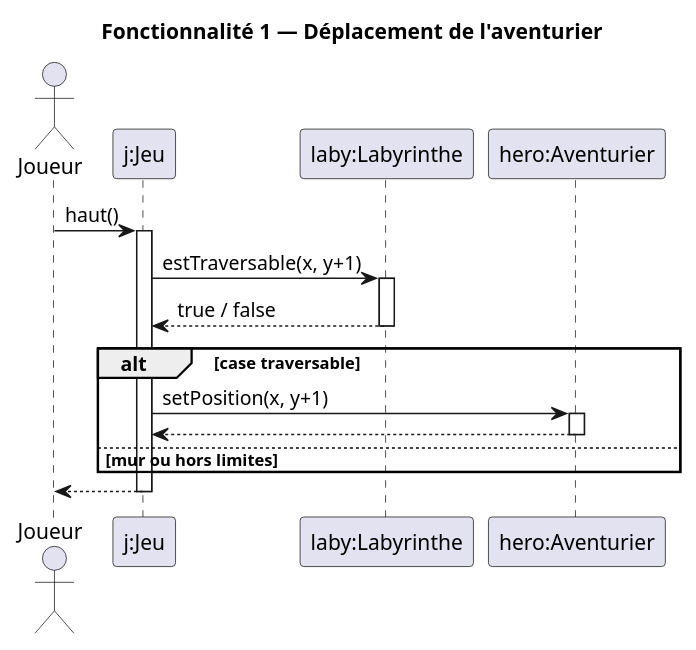
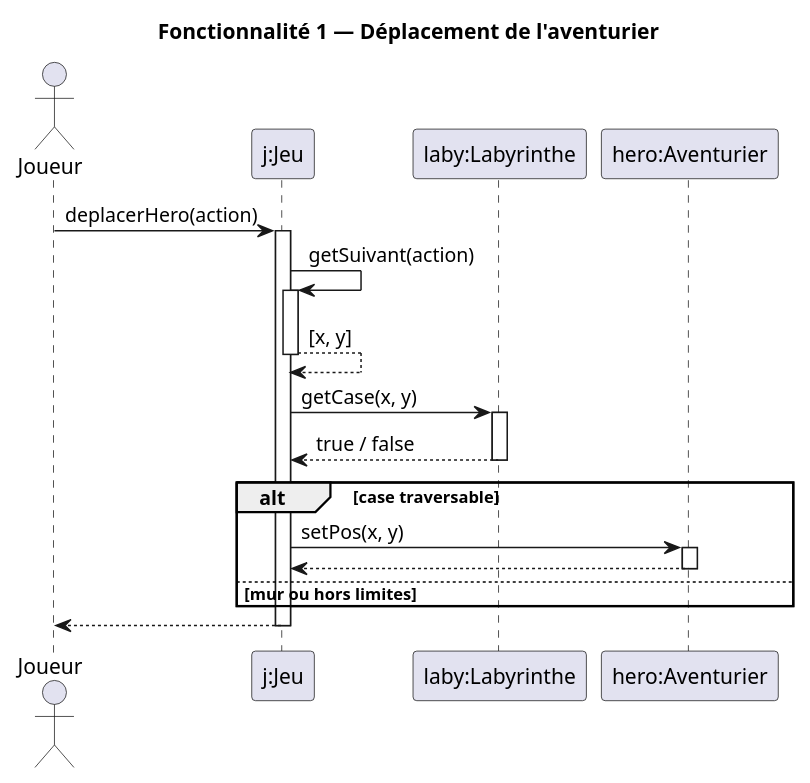
One commit to lucas-martinati-pro/SAE_S2.01_Zeldiablo-LucasM_JeanLM_PierreGSV changed the diagram in projet_zeldiablo/documents/version_1/Fonctionnalité 1 - Q9.puml. Above: the diagram before and after it, drawn with PlantUML. The commit also changed 12 other files, not shown here.

```diff
--- a/projet_zeldiablo/documents/version_1/Fonctionnalité 1 - Q9.puml
+++ b/projet_zeldiablo/documents/version_1/Fonctionnalité 1 - Q9.puml
@@ -1,28 +1,33 @@
 @startuml
 title Fonctionnalité 1 — Déplacement de l'aventurier
 
 actor Joueur
 participant "j:Jeu" as Jeu
 participant "laby:Labyrinthe" as Laby
 participant "hero:Aventurier" as Hero
 
-Joueur -> Jeu :haut()
+Joueur -> Jeu : deplacerHero(action)
 activate Jeu
 
-Jeu -> Laby : estTraversable(x, y+1)
+Jeu -> Jeu : getSuivant(action)
+activate Jeu
+Jeu --> Jeu :[x, y]
+deactivate Jeu
+
+Jeu -> Laby : getCase(x, y)
 activate Laby
 Laby --> Jeu : true / false
 deactivate Laby
 
 alt case traversable
-    Jeu -> Hero : setPosition(x, y+1)
+    Jeu -> Hero : setPos(x, y)
     activate Hero
     Hero --> Jeu
     deactivate Hero
 else mur ou hors limites
 end
 
 Jeu --> Joueur
 deactivate Jeu
 
 @enduml
```
